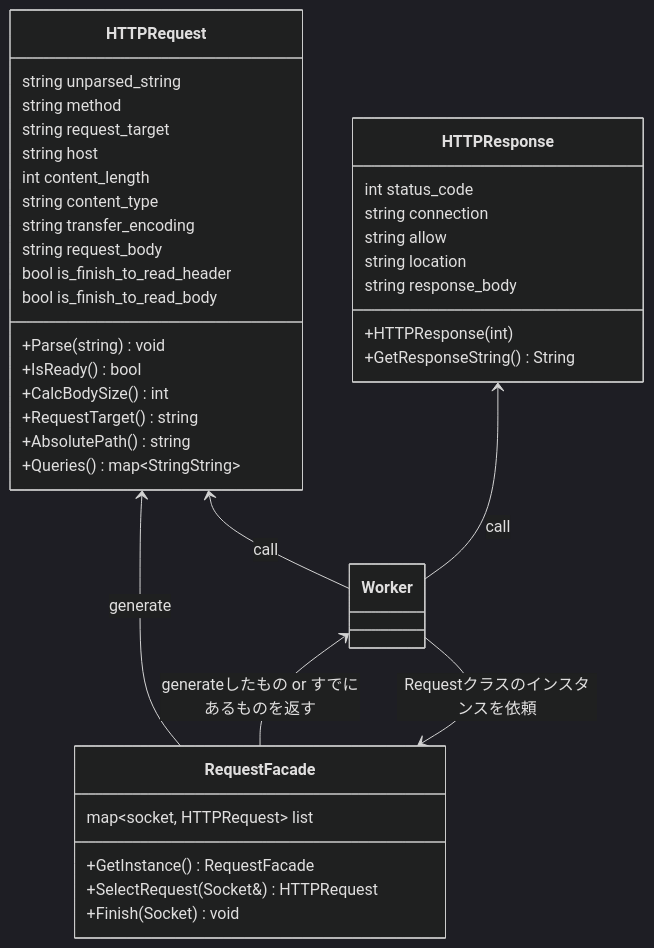
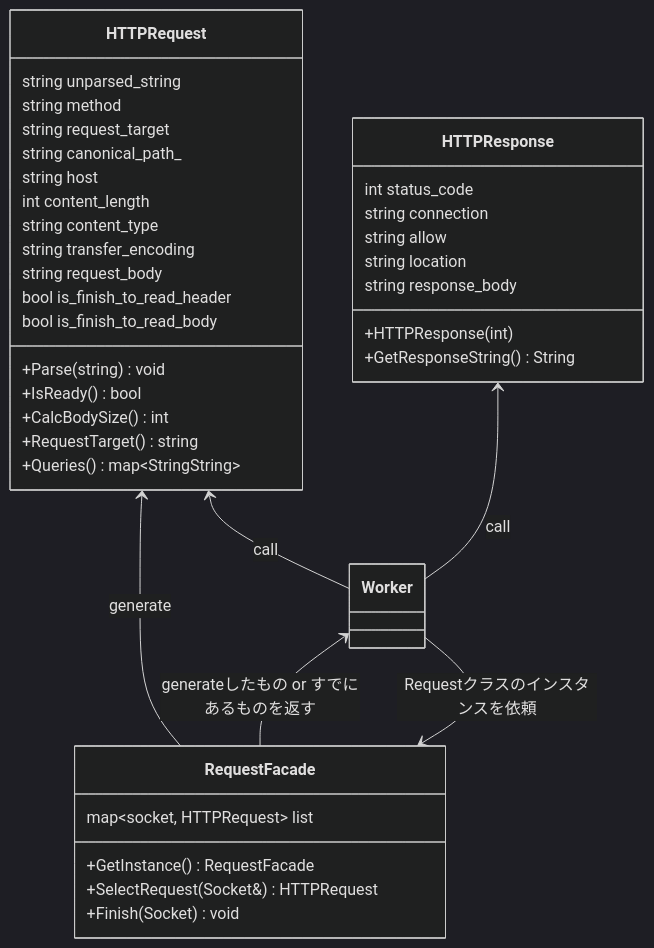
One commit to katataku/webserv changed the diagram in docs/class/http_class.md. Above: the diagram before and after it, drawn with Mermaid (dark theme). The commit also changed 11 other files, not shown here.

````diff
--- a/docs/class/http_class.md
+++ b/docs/class/http_class.md
@@ -1,51 +1,51 @@
 ```mermaid
 classDiagram
    class RequestFacade{
         map~socket, HTTPRequest~ list
         +GetInstance() RequestFacade
         +SelectRequest(Socket&) HTTPRequest
         +Finish(Socket) void
     }
 
     %% TODO: CalcBodySize()の詳細を詰める && nginxのmax_body_sizeも確認 %%
     class HTTPRequest{
         string unparsed_string
         string method
         string request_target
+        string canonical_path_
         string host
         int content_length
         string content_type
         string transfer_encoding
         string request_body
         bool is_finish_to_read_header
         bool is_finish_to_read_body
         
         +Parse(string) void
         +IsReady() bool
         +CalcBodySize() int
         +RequestTarget() string
-        +AbsolutePath() string
         +Queries() map~StringString~
     }
 
     class HTTPResponse{
         int status_code
         string connection
         string allow
         string location
         string response_body
 
         +HTTPResponse(int)
         +GetResponseString() String
     }
 
 
 HTTPRequest <-- RequestFacade : generate
 
 Worker <-- RequestFacade : generateしたもの or すでにあるものを返す
 Worker --> RequestFacade : Requestクラスのインスタンスを依頼
 
 
 HTTPRequest  <--  Worker :call
 HTTPResponse  <--  Worker :call
 ```
````
